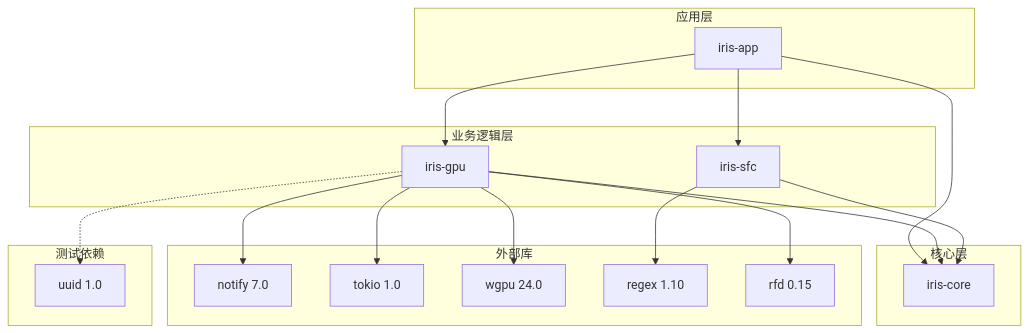
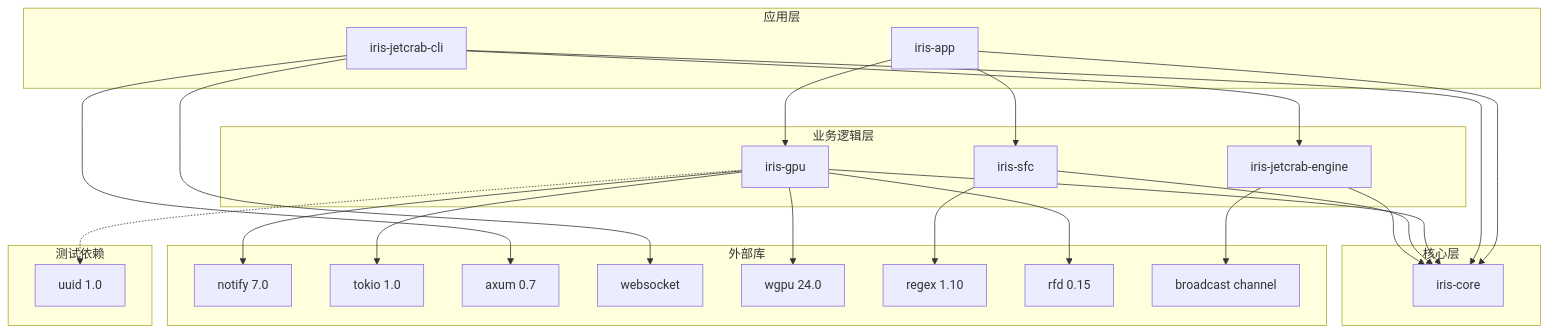
Before and after one commit to itszzl-sudo/iris: diagram 14 of 14 in .qoder/repowiki/zh/content/核心功能特性/双端跨平台运行/文件监控与热重载系统.md, drawn with Mermaid. The commit also changed other lines of this file and 17 other files, not shown here.

````diff
--- a/.qoder/repowiki/zh/content/核心功能特性/双端跨平台运行/文件监控与热重载系统.md
+++ b/.qoder/repowiki/zh/content/核心功能特性/双端跨平台运行/文件监控与热重载系统.md
@@ -453,34 +601,45 @@
 ```mermaid
 graph TB
 subgraph "应用层"
 IrisApp[iris-app]
+JetCrabCLI[iris-jetcrab-cli]
 end
 subgraph "业务逻辑层"
 IrisGPU[iris-gpu]
 IrisSFC[iris-sfc]
+JetCrabEngine[iris-jetcrab-engine]
 end
 subgraph "核心层"
 IrisCore[iris-core]
 end
 subgraph "外部库"
 Notify[notify 7.0]
 Tokio[tokio 1.0]
+Axum[axum 0.7]
+WS[websocket]
 WGPU[wgpu 24.0]
 Regex[regex 1.10]
 RFD[rfd 0.15]
+Broadcast[broadcast channel]
 end
 IrisApp --> IrisGPU
 IrisApp --> IrisSFC
 IrisApp --> IrisCore
+JetCrabCLI --> JetCrabEngine
+JetCrabCLI --> IrisCore
 IrisGPU --> IrisCore
 IrisSFC --> IrisCore
+JetCrabEngine --> IrisCore
 IrisGPU --> Notify
 IrisGPU --> Tokio
 IrisGPU --> WGPU
 IrisGPU --> RFD
 IrisSFC --> Regex
+JetCrabCLI --> Axum
+JetCrabCLI --> WS
+JetCrabEngine --> Broadcast
 subgraph "测试依赖"
 UUID[uuid 1.0]
 end
 IrisGPU -.-> UUID
 ```
````
